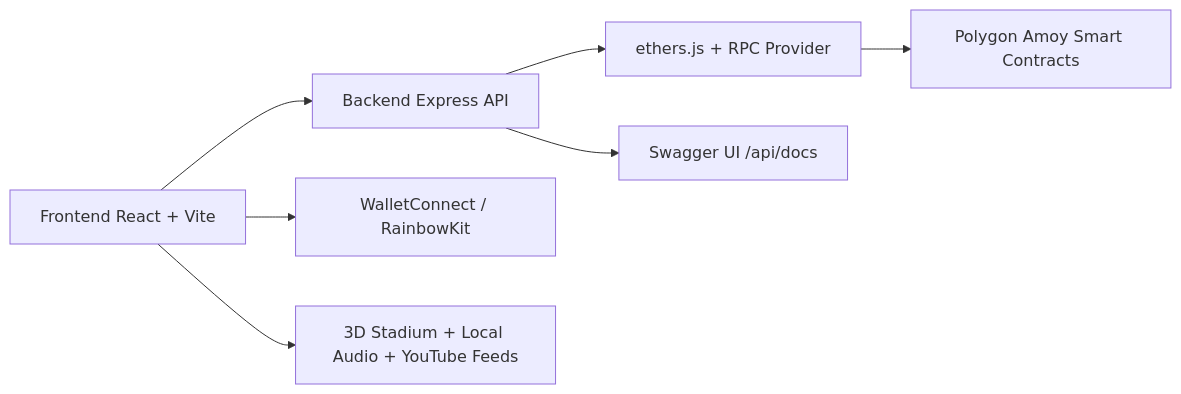
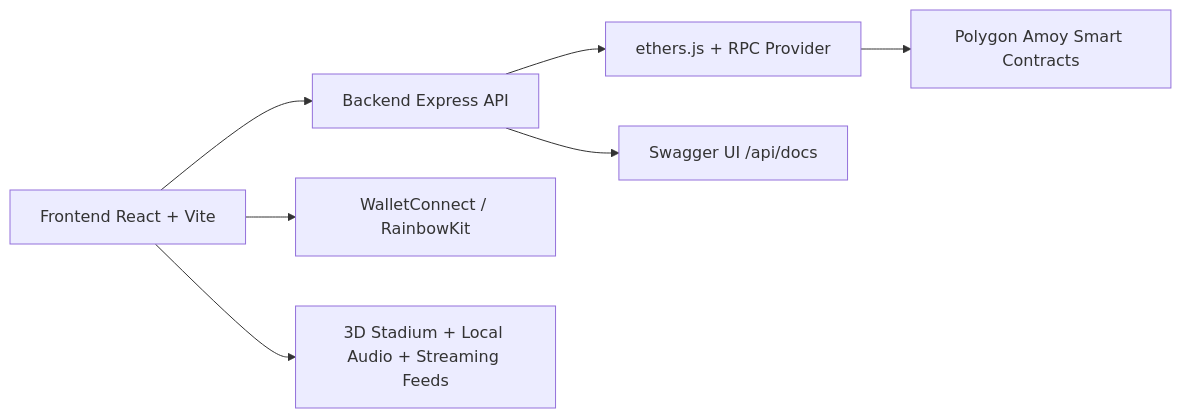
Before and after one commit to sandy13869/StadiumOnChain: the diagram in README.md, drawn with Mermaid. The commit also changed 3 other files, not shown here.

````diff
--- a/README.md
+++ b/README.md
@@ -67,9 +67,9 @@
 ```mermaid
 flowchart LR
   A[Frontend React + Vite] --> B[Backend Express API]
   B --> C[ethers.js + RPC Provider]
   C --> D[Polygon Amoy Smart Contracts]
   A --> E[WalletConnect / RainbowKit]
-  A --> F[3D Stadium + Local Audio + YouTube Feeds]
+  A --> F[3D Stadium + Local Audio + Streaming Feeds]
   B --> G[Swagger UI /api/docs]
 ```
````
